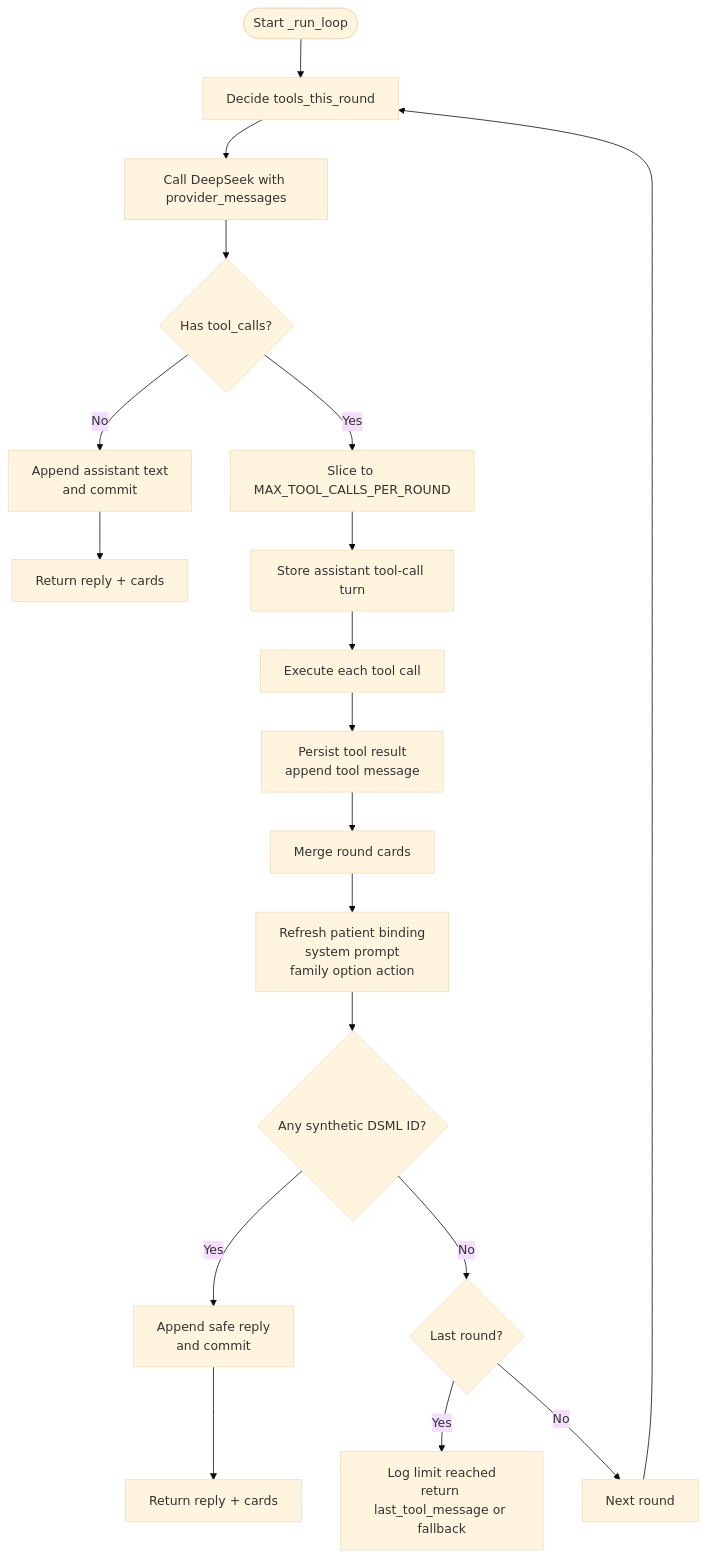
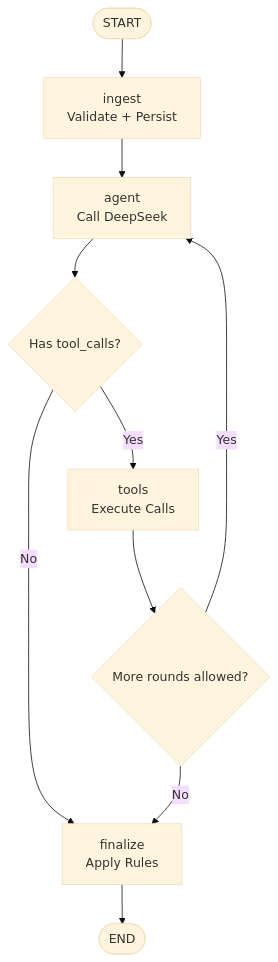
Before and after one commit to gokulkaarthicks/dental-chatbot: the third of 9 diagrams in .qoder/repowiki/en/content/AI Agent System/Conversation Runner/Tool Orchestration Loop.md, drawn with Mermaid (base theme). The commit also changed other lines of this file and 280 other files, not shown here.

````diff
--- a/.qoder/repowiki/en/content/AI Agent System/Conversation Runner/Tool Orchestration Loop.md
+++ b/.qoder/repowiki/en/content/AI Agent System/Conversation Runner/Tool Orchestration Loop.md
@@ -143,21 +153,12 @@
 ```mermaid
 flowchart TD
-Start(["Start _run_loop"]) --> CheckTools["Decide tools_this_round"]
-CheckTools --> CallModel["Call DeepSeek with provider_messages"]
-CallModel --> HasToolCalls{"Has tool_calls?"}
-HasToolCalls --> |No| SaveText["Append assistant text<br/>and commit"]
-SaveText --> ReturnFinal["Return reply + cards"]
-HasToolCalls --> |Yes| SliceCalls["Slice to MAX_TOOL_CALLS_PER_ROUND"]
-SliceCalls --> StoreAssistant["Store assistant tool-call turn"]
-StoreAssistant --> ExecuteEach["Execute each tool call"]
-ExecuteEach --> PersistResult["Persist tool result<br/>append tool message"]
-PersistResult --> MergeCards["Merge round cards"]
-MergeCards --> RefreshState["Refresh patient binding<br/>system prompt<br/>family option action"]
-RefreshState --> DsmlCheck{"Any synthetic DSML ID?"}
-DsmlCheck --> |Yes| DsmlReply["Append safe reply<br/>and commit"]
-DsmlReply --> ReturnDsml["Return reply + cards"]
-DsmlCheck --> |No| RoundLimit{"Last round?"}
-RoundLimit --> |Yes| FallbackReply["Log limit reached<br/>return last_tool_message or fallback"]
-RoundLimit --> |No| NextRound["Next round"]
-NextRound --> CheckTools
+Start(["START"]) --> Ingest["ingest<br/>Validate + Persist"]
+Ingest --> Agent["agent<br/>Call DeepSeek"]
+Agent --> HasTools{"Has tool_calls?"}
+HasTools --> |No| Finalize["finalize<br/>Apply Rules"]
+HasTools --> |Yes| Tools["tools<br/>Execute Calls"]
+Tools --> MoreRounds{"More rounds allowed?"}
+MoreRounds --> |Yes| Agent
+MoreRounds --> |No| Finalize
+Finalize --> End(["END"])
 ```
````
